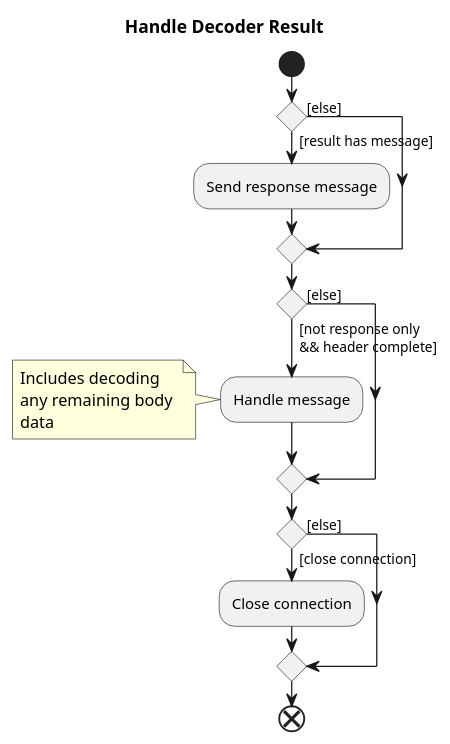
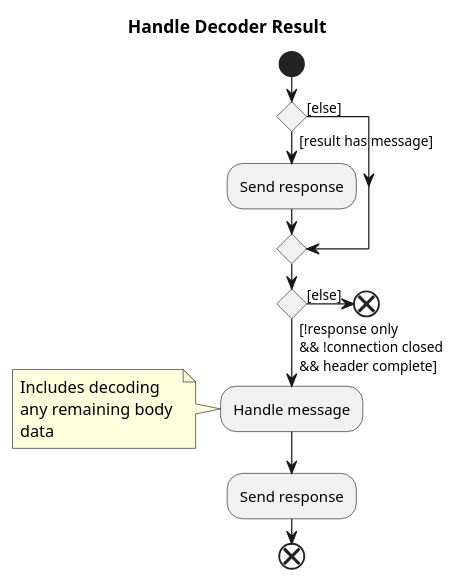
The fifth of 9 diagrams in overview.md (mnlipp/jdrupes-httpcodec), drawn with PlantUML before and after one commit. The commit also changed other lines of this file and 1 other file, not shown here.

```diff
--- a/overview.md
+++ b/overview.md
@@ -283,26 +283,25 @@
 @startuml handle-decode-result.svg
 ' ========== Receive loop =========
 skinparam conditionStyle diamond
 title Handle Decoder Result
 start
 if () then ([result has message])
-  :Send response message;
+  :Send response;
 else ([else])
 endif
-if () then ([not response only 
+if () then ([!response only
+&& !connection closed
 && header complete])
   :Handle message;
   note
   Includes decoding 
   any remaining body 
   data
   end note
+  :Send response;
+  end
 else ([else])
+  end
 endif
-if () then ([close connection])
-  :Close connection;
-else ([else])
-endif
-end
 
 @enduml
```
